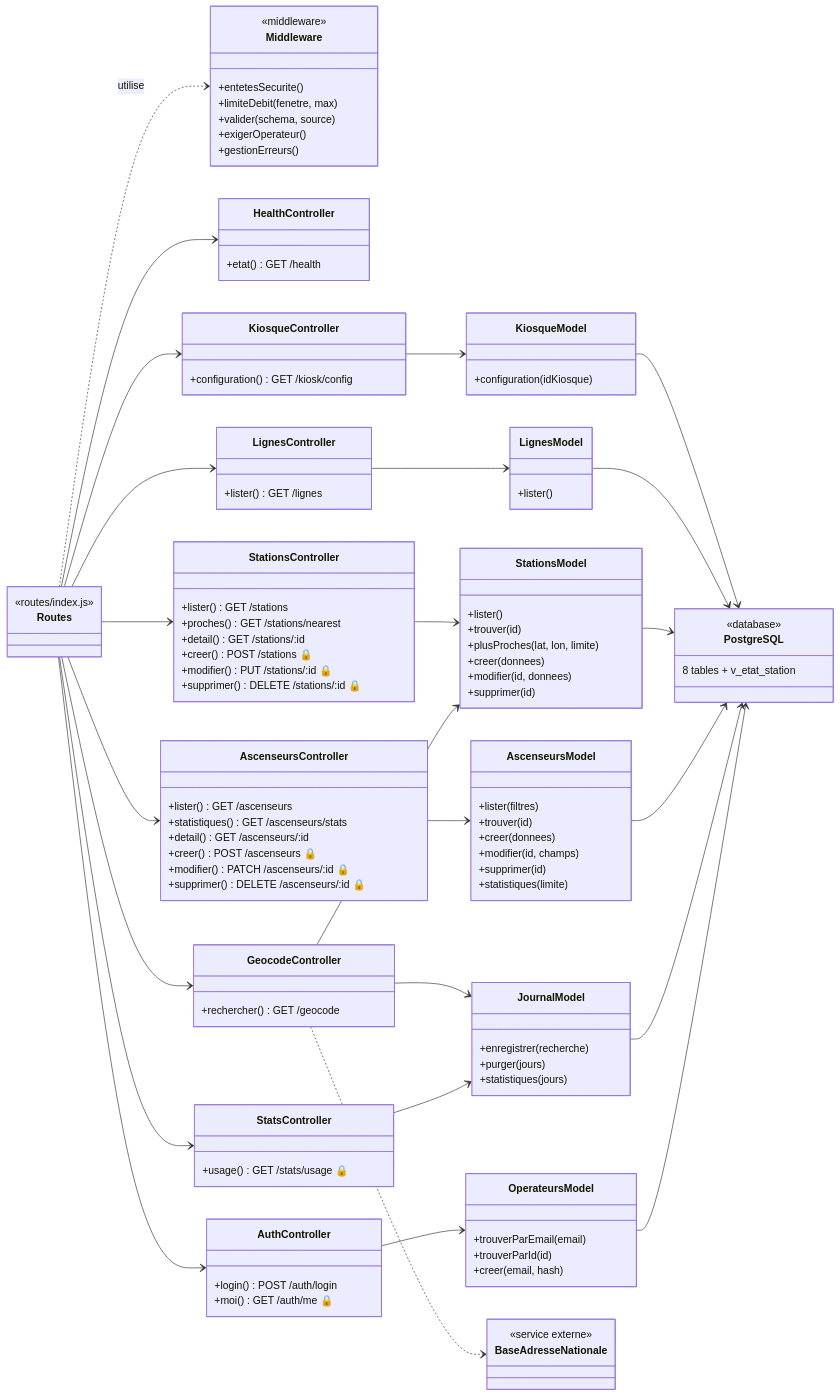
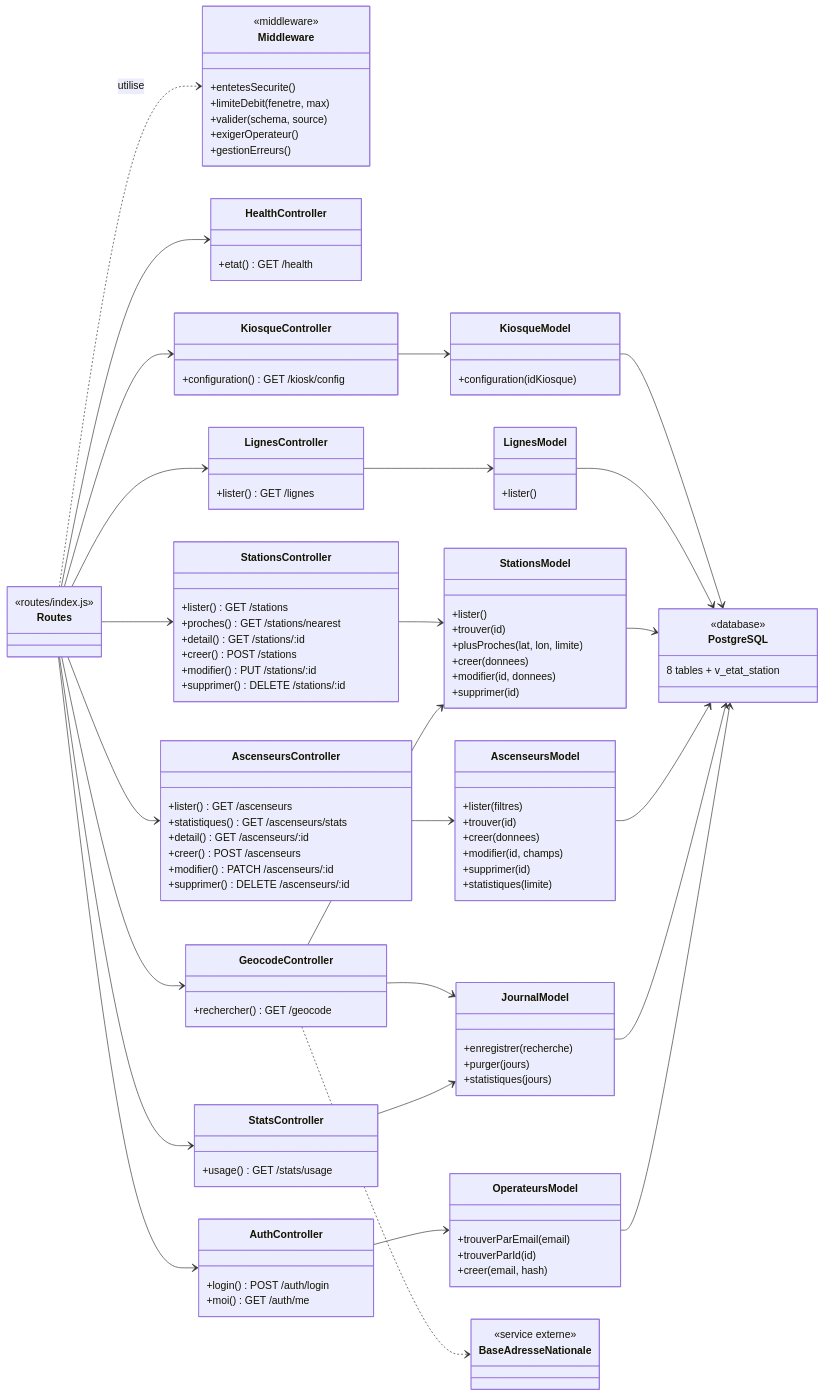
The diagram in docs/diagrams/classes-api.mmd (WILLIAM04052005/movecity-app), drawn with Mermaid before and after one commit. The commit also changed 1 other file, not shown here.

```diff
--- a/docs/diagrams/classes-api.mmd
+++ b/docs/diagrams/classes-api.mmd
@@ -1,117 +1,117 @@
 classDiagram
   direction LR
 
   class Routes {
     <<routes/index.js>>
   }
   class Middleware {
     <<middleware>>
     +entetesSecurite()
     +limiteDebit(fenetre, max)
     +valider(schema, source)
     +exigerOperateur()
     +gestionErreurs()
   }
 
   class HealthController {
     +etat() GET /health
   }
   class KiosqueController {
     +configuration() GET /kiosk/config
   }
   class LignesController {
     +lister() GET /lignes
   }
   class StationsController {
     +lister() GET /stations
     +proches() GET /stations/nearest
     +detail() GET /stations/:id
-    +creer() POST /stations 🔒
-    +modifier() PUT /stations/:id 🔒
-    +supprimer() DELETE /stations/:id 🔒
+    +creer() POST /stations 
+    +modifier() PUT /stations/:id 
+    +supprimer() DELETE /stations/:id
   }
   class AscenseursController {
     +lister() GET /ascenseurs
     +statistiques() GET /ascenseurs/stats
     +detail() GET /ascenseurs/:id
-    +creer() POST /ascenseurs 🔒
-    +modifier() PATCH /ascenseurs/:id 🔒
-    +supprimer() DELETE /ascenseurs/:id 🔒
+    +creer() POST /ascenseurs
+    +modifier() PATCH /ascenseurs/:id
+    +supprimer() DELETE /ascenseurs/:id 
   }
   class GeocodeController {
     +rechercher() GET /geocode
   }
   class AuthController {
     +login() POST /auth/login
-    +moi() GET /auth/me 🔒
+    +moi() GET /auth/me 
   }
   class StatsController {
-    +usage() GET /stats/usage 🔒
+    +usage() GET /stats/usage 
   }
 
   class KiosqueModel {
     +configuration(idKiosque)
   }
   class LignesModel {
     +lister()
   }
   class StationsModel {
     +lister()
     +trouver(id)
     +plusProches(lat, lon, limite)
     +creer(donnees)
     +modifier(id, donnees)
     +supprimer(id)
   }
   class AscenseursModel {
     +lister(filtres)
     +trouver(id)
     +creer(donnees)
     +modifier(id, champs)
     +supprimer(id)
     +statistiques(limite)
   }
   class JournalModel {
     +enregistrer(recherche)
     +purger(jours)
     +statistiques(jours)
   }
   class OperateursModel {
     +trouverParEmail(email)
     +trouverParId(id)
     +creer(email, hash)
   }
   class PostgreSQL {
     <<database>>
     8 tables + v_etat_station
   }
   class BaseAdresseNationale {
     <<service externe>>
   }
 
   Routes ..> Middleware : utilise
   Routes --> HealthController
   Routes --> KiosqueController
   Routes --> LignesController
   Routes --> StationsController
   Routes --> AscenseursController
   Routes --> GeocodeController
   Routes --> AuthController
   Routes --> StatsController
 
   KiosqueController --> KiosqueModel
   LignesController --> LignesModel
   StationsController --> StationsModel
   AscenseursController --> AscenseursModel
   GeocodeController --> StationsModel
   GeocodeController --> JournalModel
   GeocodeController ..> BaseAdresseNationale
   AuthController --> OperateursModel
   StatsController --> JournalModel
 
   KiosqueModel --> PostgreSQL
   LignesModel --> PostgreSQL
   StationsModel --> PostgreSQL
   AscenseursModel --> PostgreSQL
   JournalModel --> PostgreSQL
   OperateursModel --> PostgreSQL
```
